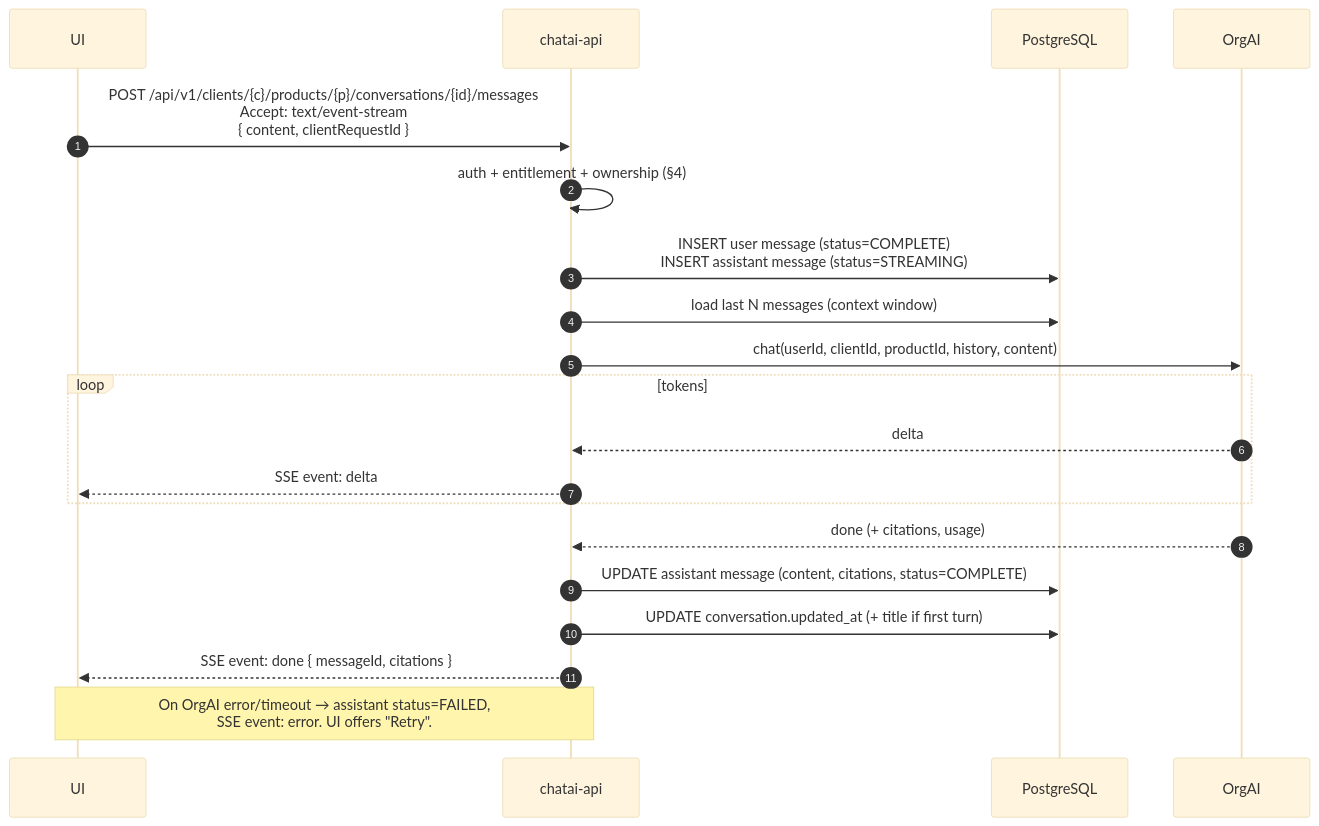
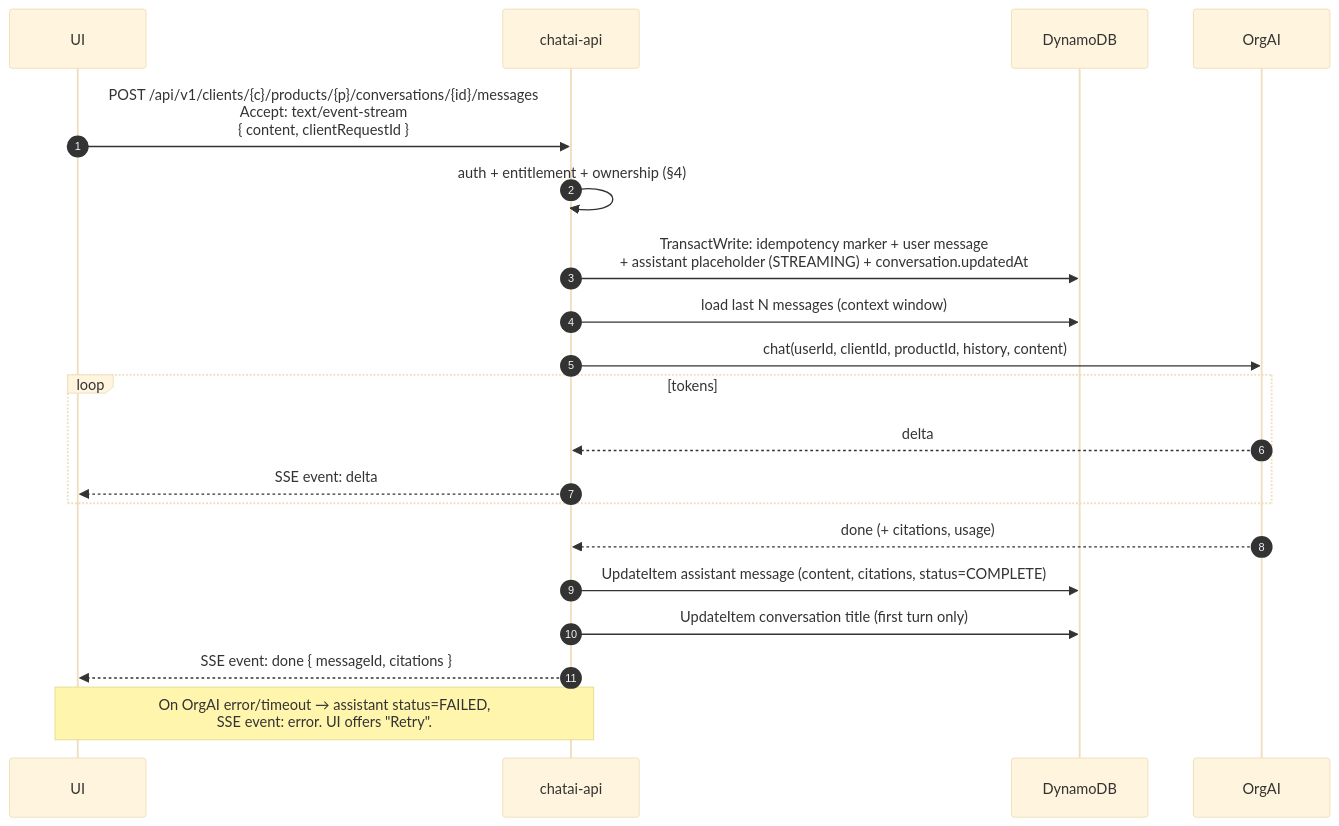
One commit to chaurasiagautam/chatAI changed the fourth of 4 diagrams in docs/architecture.md. Above: the diagram before and after it, drawn with Mermaid (base theme). The commit also changed other lines of this file, not shown here.

First line of the commit message:
Design: use DynamoDB for chat history and Caffeine for entitlement cache

````diff
--- a/docs/architecture.md
+++ b/docs/architecture.md
@@ -171,23 +170,23 @@
 ```mermaid
 sequenceDiagram
     autonumber
     participant UI
     participant API as chatai-api
-    participant DB as PostgreSQL
+    participant DB as DynamoDB
     participant ORG as OrgAI
 
     UI->>API: POST /api/v1/clients/{c}/products/{p}/conversations/{id}/messages<br/>Accept: text/event-stream<br/>{ content, clientRequestId }
     API->>API: auth + entitlement + ownership (§4)
-    API->>DB: INSERT user message (status=COMPLETE)<br/>INSERT assistant message (status=STREAMING)
+    API->>DB: TransactWrite: idempotency marker + user message<br/>+ assistant placeholder (STREAMING) + conversation.updatedAt
     API->>DB: load last N messages (context window)
     API->>ORG: chat(userId, clientId, productId, history, content)
     loop tokens
         ORG-->>API: delta
         API-->>UI: SSE event: delta
     end
     ORG-->>API: done (+ citations, usage)
-    API->>DB: UPDATE assistant message (content, citations, status=COMPLETE)
-    API->>DB: UPDATE conversation.updated_at (+ title if first turn)
+    API->>DB: UpdateItem assistant message (content, citations, status=COMPLETE)
+    API->>DB: UpdateItem conversation title (first turn only)
     API-->>UI: SSE event: done { messageId, citations }
     Note over API,UI: On OrgAI error/timeout → assistant status=FAILED,<br/>SSE event: error. UI offers "Retry".
 ```
````
